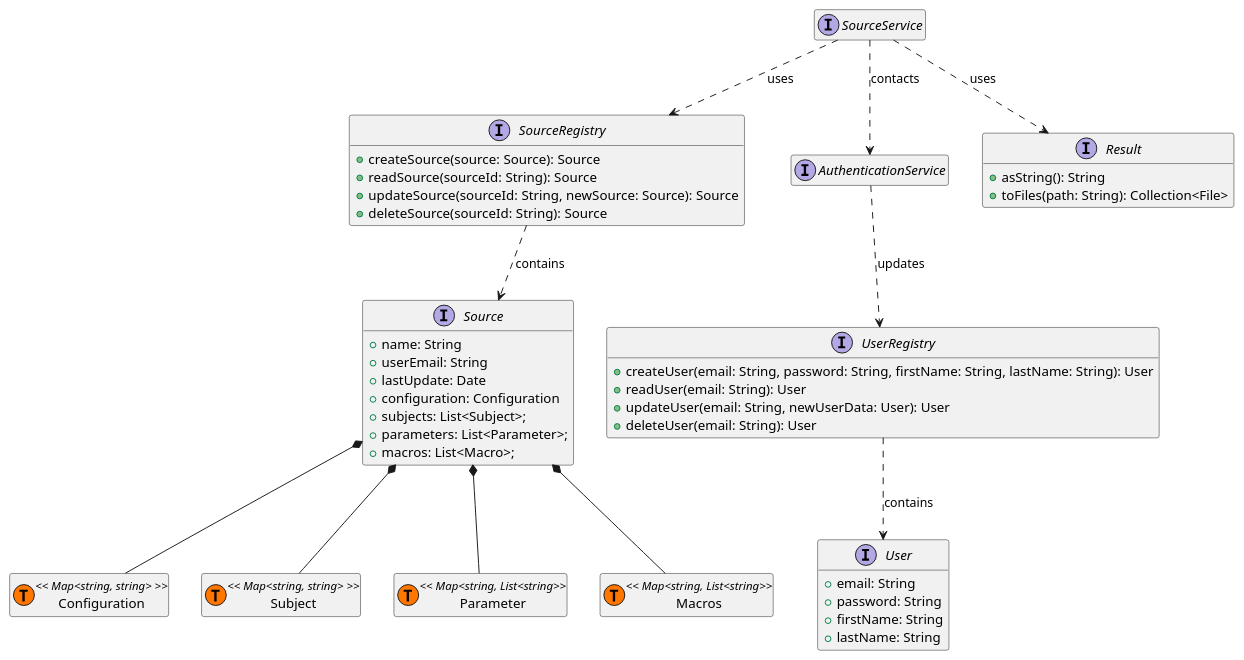
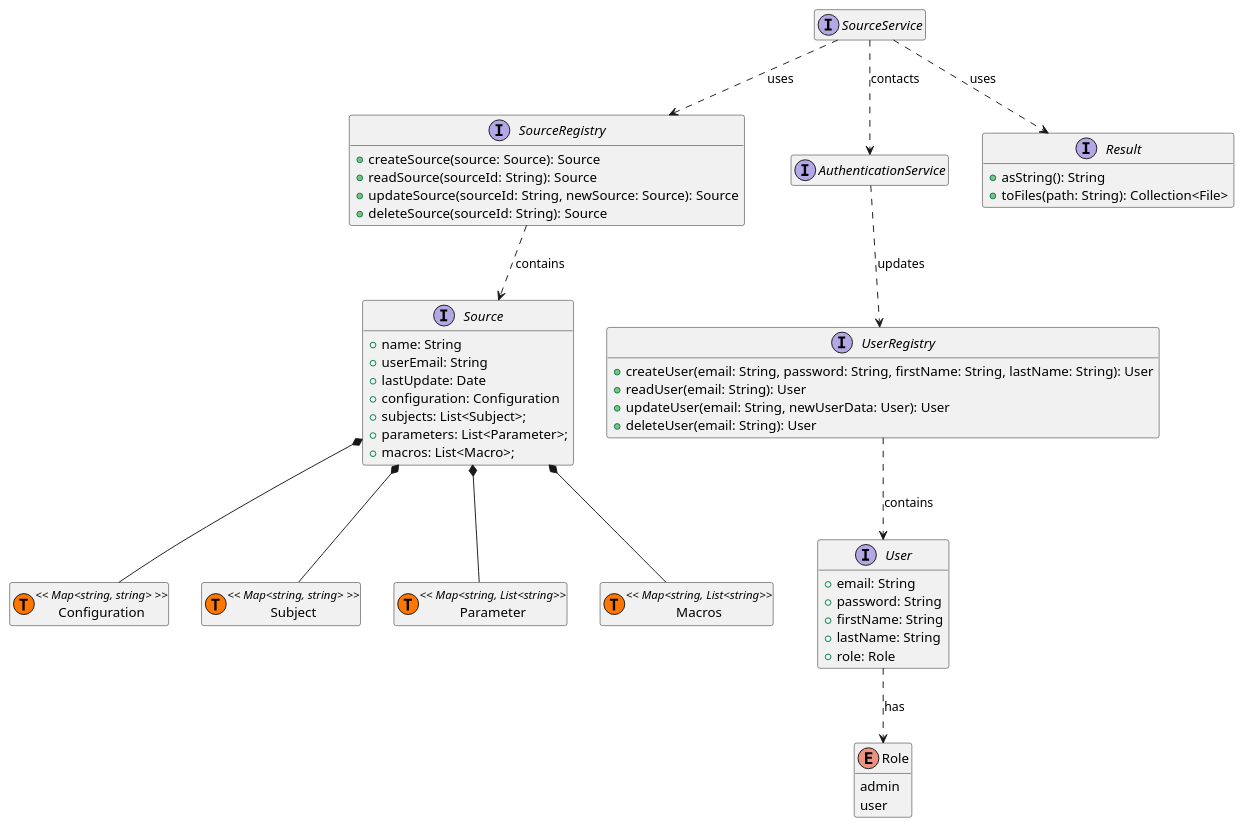
The seventh of 8 diagrams in Writerside/topics/Domain-Driven-Design.md (mini-roostico/subjekt-doc), drawn with PlantUML before and after one commit. The commit also changed 1 other file, not shown here.

Commit message:
docs: add accesscontrol in imlpementation details and in ddd api class diagram

````diff
--- a/Writerside/topics/Domain-Driven-Design.md
+++ b/Writerside/topics/Domain-Driven-Design.md
@@ -468,65 +468,73 @@
 ```plantuml
 @startuml
 hide empty members
+
+enum Role {
+    admin
+    user
+}
+
 interface User {
     + email: String
     + password: String
     + firstName: String
     + lastName: String
+    + role: Role
 }
 interface UserRegistry {
     + createUser(email: String, password: String, firstName: String, lastName: String): User
     + readUser(email: String): User
     + updateUser(email: String, newUserData: User): User
     + deleteUser(email: String): User
 }
 
 interface SourceRegistry {
     + createSource(source: Source): Source
     + readSource(sourceId: String): Source
     + updateSource(sourceId: String, newSource: Source): Source
     + deleteSource(sourceId: String): Source
 }
 
 interface AuthenticationService {
 }
 
 interface SourceService {
 }
 
 SourceService ..> SourceRegistry : "uses"
 SourceService ..> Result : "uses"
 SourceRegistry ..> Source : "contains"
 
 UserRegistry ..> User : "contains"
 SourceService ..> AuthenticationService : "contacts"
 
+User ..> Role : "has"
 
 interface Result {
     + asString(): String
     + toFiles(path: String): Collection<File>
 }
 
 interface Source {
     + name: String
     + userEmail: String
     + lastUpdate: Date
     + configuration: Configuration
     + subjects: List<Subject>;
     + parameters: List<Parameter>;
     + macros: List<Macro>;
 }
 
 class Configuration << (T,#FF7700) Map<string, string> >>
 class Subject << (T,#FF7700) Map<string, string> >>
 class Parameter << (T,#FF7700) Map<string, List<string>> >>
 class Macros << (T,#FF7700) Map<string, List<string>> >>
 
 Source *-- Configuration
 Source *-- Subject
 Source *-- Parameter
 Source *-- Macros
 
 AuthenticationService ..> UserRegistry : "updates"
 @enduml
 ```
````
